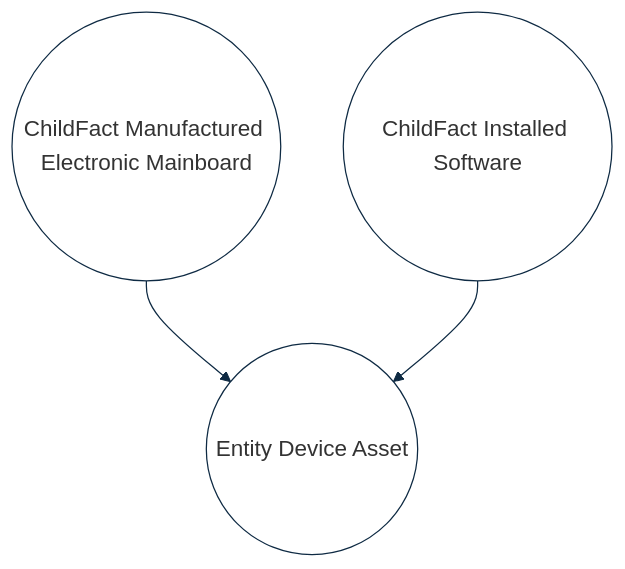
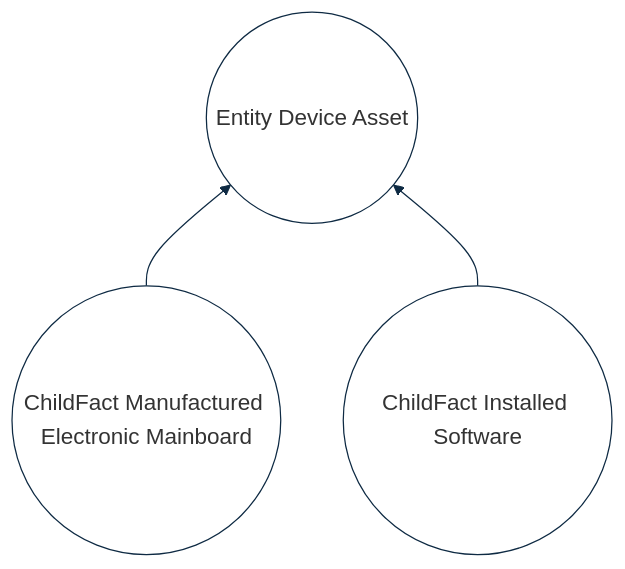
Before and after one commit to cybnity/foundation: the second of 2 diagrams in implementations-line/framework/immutable/README.md, drawn with Mermaid.

````diff
--- a/implementations-line/framework/immutable/README.md
+++ b/implementations-line/framework/immutable/README.md
@@ -135,25 +135,25 @@
 ```mermaid
 %%{
   init: {
     'theme': 'base',
     'themeVariables': {
         'background': '#ffffff',
         'fontFamily': 'arial',
         'fontSize': '18px',
         'primaryColor': '#fff',
         'primaryBorderColor': '#0e2a43',
         'secondaryBorderColor': '#0e2a43',
         'tertiaryBorderColor': '#0e2a43',
         'edgeLabelBackground':'#0e2a43',
         'lineColor': '#0e2a43',
         'tertiaryColor': '#fff'
     }
   }
 }%%
-flowchart TB
+flowchart BT
     board((ChildFact Manufactured Electronic Mainboard)) --> asset((Entity Device Asset))
     soft((ChildFact Installed Software)) --> asset
 
 
 
 ```
````
